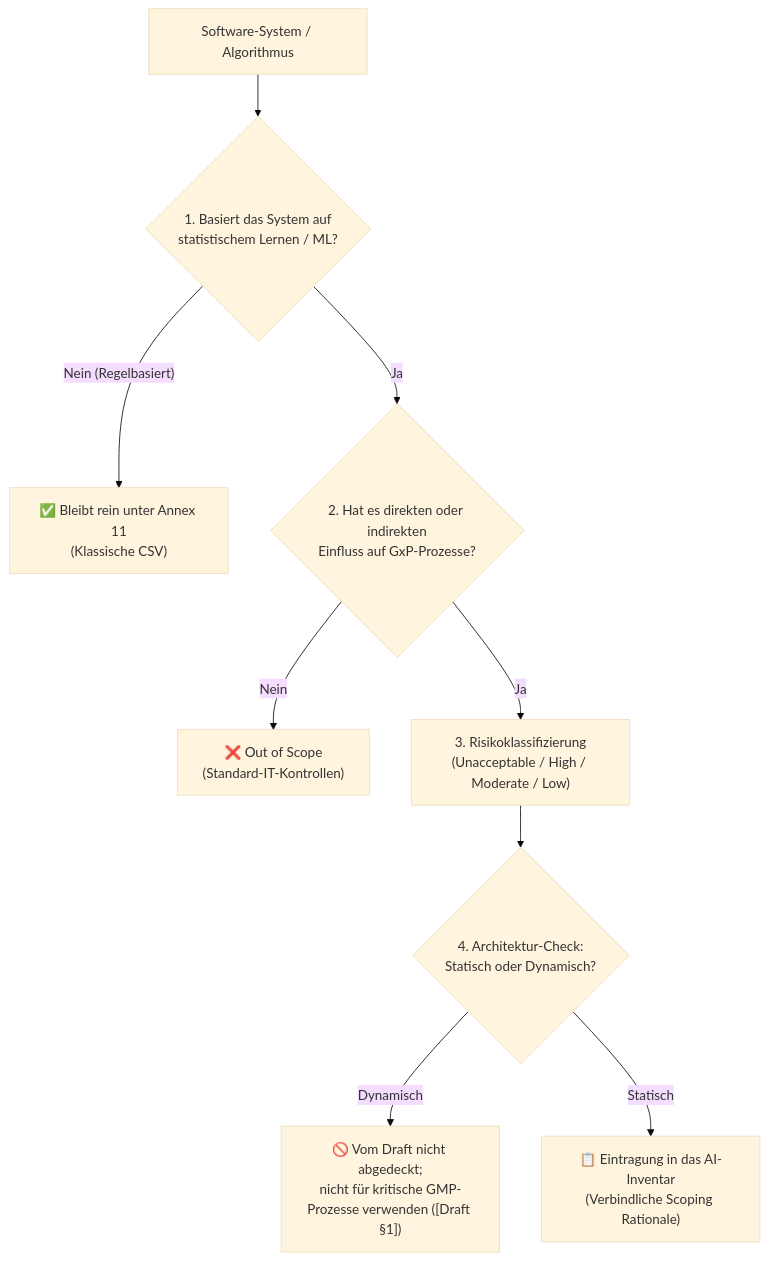
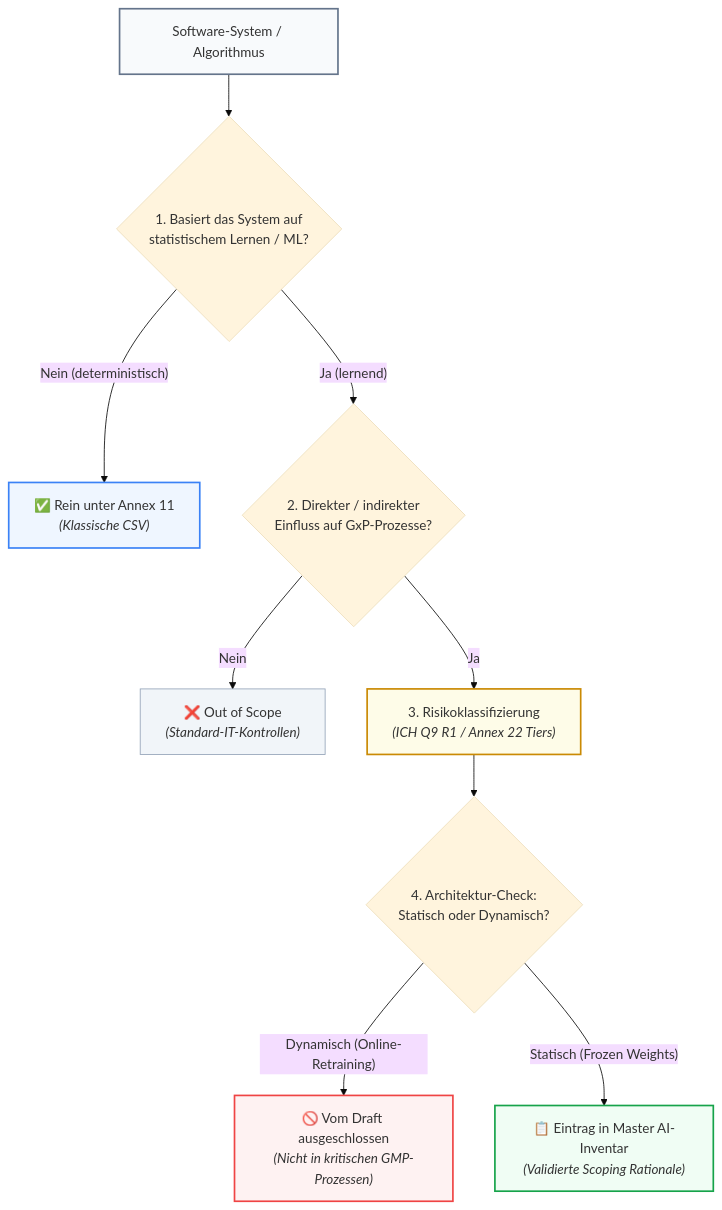
The diagram in docs/de/module_03_scope_applicability.md (Lunaman06/Annex22), drawn with Mermaid (base theme) before and after one commit. The commit also changed 29 other files, not shown here.

Commit message:
style(docs): optimize mermaid diagram aspect ratios, edge flows and legibility across all DE and EN modules

````diff
--- a/docs/de/module_03_scope_applicability.md
+++ b/docs/de/module_03_scope_applicability.md
@@ -13,14 +13,21 @@
 ```mermaid
 flowchart TD
     Start["Software-System / Algorithmus"] --> Q1{"1. Basiert das System auf<br/>statistischem Lernen / ML?"}
-    
-    Q1 -- Nein (Regelbasiert) --> ANNEX11["✅ Bleibt rein unter Annex 11<br/>(Klassische CSV)"]
-    Q1 -- Ja --> Q2{"2. Hat es direkten oder indirekten<br/>Einfluss auf GxP-Prozesse?"}
-    
-    Q2 -- Nein --> OOS["❌ Out of Scope<br/>(Standard-IT-Kontrollen)"]
-    Q2 -- Ja --> Q3["3. Risikoklassifizierung<br/>(Unacceptable / High / Moderate / Low)"]
-    
+
+    Q1 -- "Nein (deterministisch)" --> ANNEX11["✅ Rein unter Annex 11<br/><i>(Klassische CSV)</i>"]
+    Q1 -- "Ja (lernend)" --> Q2{"2. Direkter / indirekter<br/>Einfluss auf GxP-Prozesse?"}
+
+    Q2 -- "Nein" --> OOS["❌ Out of Scope<br/><i>(Standard-IT-Kontrollen)</i>"]
+    Q2 -- "Ja" --> Q3["3. Risikoklassifizierung<br/><i>(ICH Q9 R1 / Annex 22 Tiers)</i>"]
+
     Q3 --> Q4{"4. Architektur-Check:<br/>Statisch oder Dynamisch?"}
-    Q4 -- Dynamisch --> REJECT["🚫 Vom Draft nicht abgedeckt;<br/>nicht für kritische GMP-Prozesse verwenden ([Draft §1])"]
-    Q4 -- Statisch --> INV["📋 Eintragung in das AI-Inventar<br/>(Verbindliche Scoping Rationale)"]
+    Q4 -- "Dynamisch (Online-Retraining)" --> REJECT["🚫 Vom Draft ausgeschlossen<br/><i>(Nicht in kritischen GMP-Prozessen)</i>"]
+    Q4 -- "Statisch (Frozen Weights)" --> INV["📋 Eintrag in Master AI-Inventar<br/><i>(Validierte Scoping Rationale)</i>"]
+
+    style Start fill:#f8fafc,stroke:#64748b,stroke-width:2px
+    style ANNEX11 fill:#eff6ff,stroke:#3b82f6,stroke-width:2px
+    style OOS fill:#f1f5f9,stroke:#94a3b8,stroke-width:1px
+    style Q3 fill:#fefce8,stroke:#ca8a04,stroke-width:2px
+    style REJECT fill:#fef2f2,stroke:#ef4444,stroke-width:2px
+    style INV fill:#f0fdf4,stroke:#16a34a,stroke-width:2px
 ```
````
